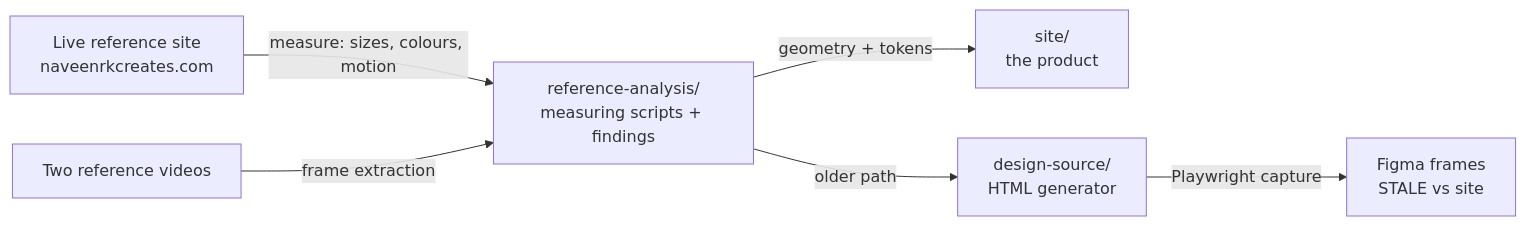
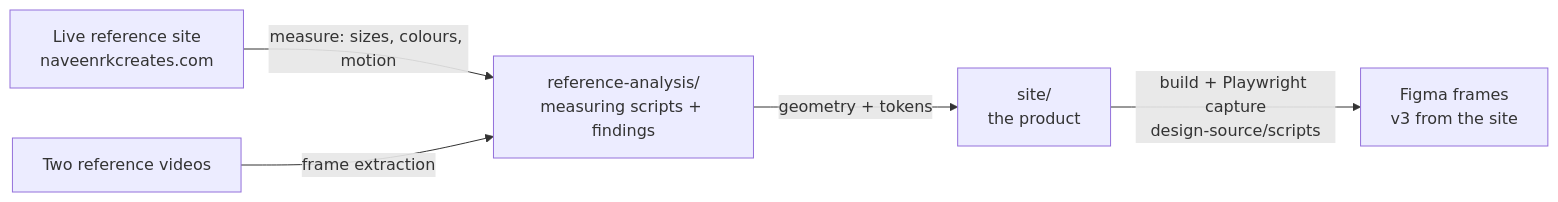
The fifth of 6 diagrams in docs/ARCHITECTURE.md (princesatapathy/Lumen-and-co), drawn with Mermaid before and after one commit. The commit also changed other lines of this file and 47 other files, not shown here.

First line of the commit message:
Step 6: capture the built site into Figma, archive the old design files

````diff
--- a/docs/ARCHITECTURE.md
+++ b/docs/ARCHITECTURE.md
@@ -127,8 +127,7 @@
 ```mermaid
 flowchart LR
   ref[Live reference site<br/>naveenrkcreates.com] -->|measure: sizes, colours, motion| analysis[reference-analysis/<br/>measuring scripts + findings]
   videos[Two reference videos] -->|frame extraction| analysis
   analysis -->|geometry + tokens| site[site/<br/>the product]
-  analysis -->|older path| design[design-source/<br/>HTML generator]
-  design -->|Playwright capture| figma[Figma frames<br/>STALE vs site]
+  site -->|build + Playwright capture<br/>design-source/scripts| figma[Figma frames<br/>v3 from the site]
 ```
````
